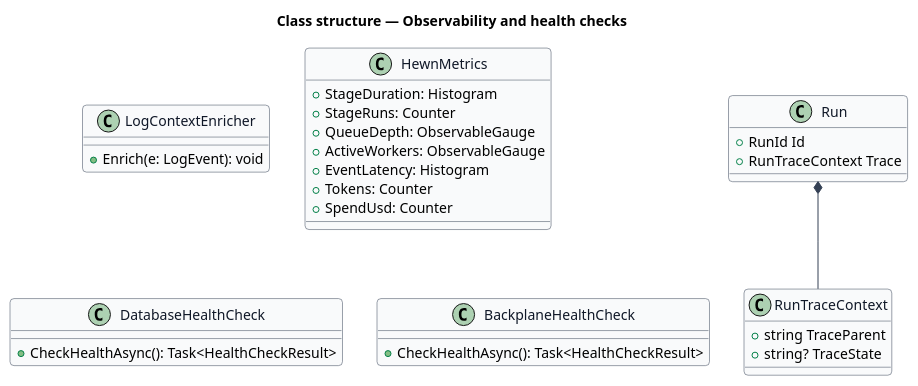
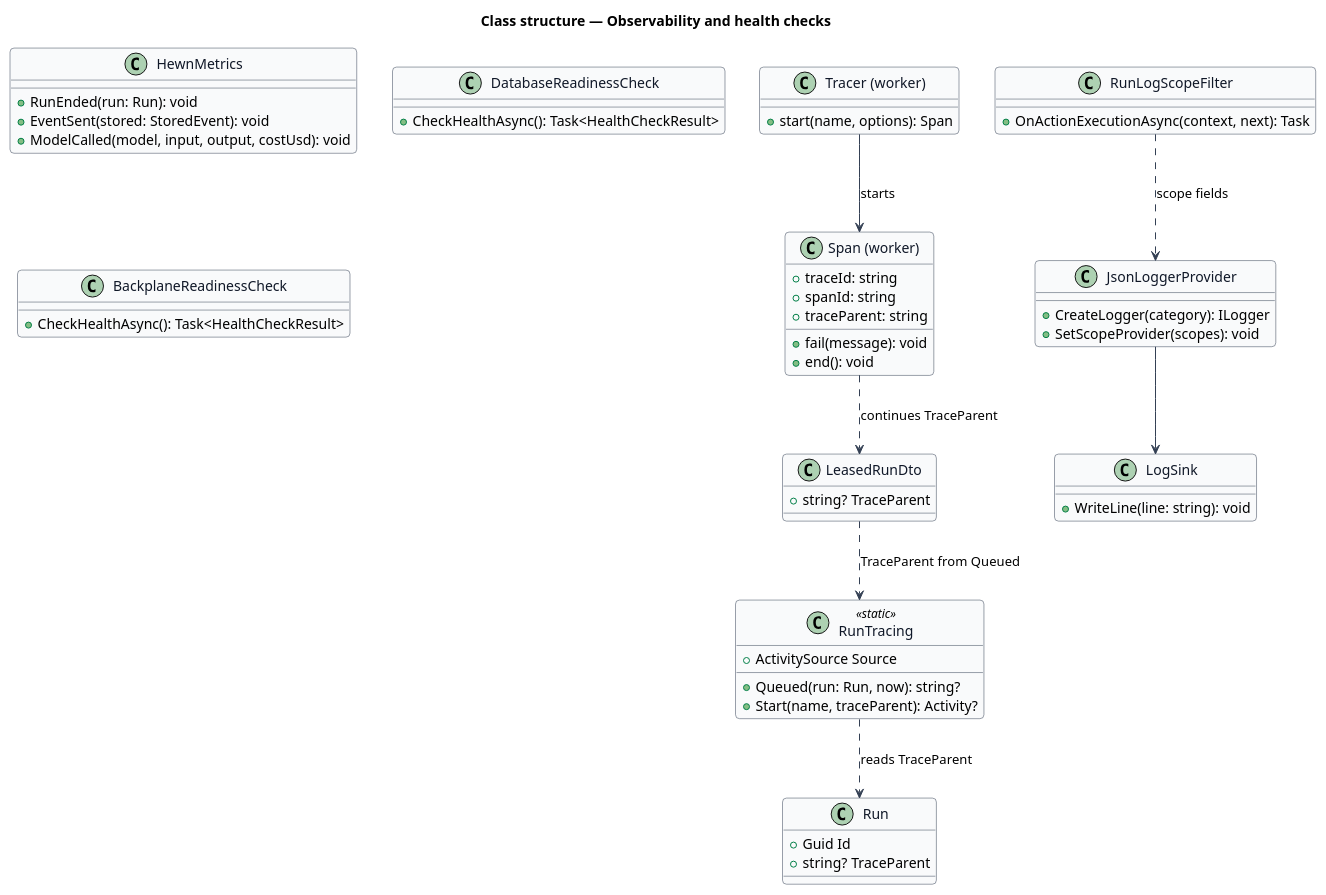
The diagram in docs/detailed-designs/operations/observability-and-health/diagrams/class-structure.puml (QuinntyneBrown/hewn), drawn with PlantUML before and after one commit. The commit also changed 71 other files, not shown here.

```diff
--- a/docs/detailed-designs/operations/observability-and-health/diagrams/class-structure.puml
+++ b/docs/detailed-designs/operations/observability-and-health/diagrams/class-structure.puml
@@ -1,41 +1,63 @@
 @startuml
 skinparam backgroundColor #FFFFFF
 skinparam shadowing false
 skinparam roundcorner 8
 skinparam defaultFontName Arial
 skinparam ArrowColor #344054
 skinparam class {
   BorderColor #344054
   FontColor #101828
   BackgroundColor #F9FAFB
 }
 title Class structure — Observability and health checks
 
-class LogContextEnricher {
-  +Enrich(e: LogEvent): void
+class Run {
+  +Guid Id
+  +string? TraceParent
 }
-class RunTraceContext {
-  +string TraceParent
-  +string? TraceState
+class RunTracing <<static>> {
+  +ActivitySource Source
+  +Queued(run: Run, now): string?
+  +Start(name, traceParent): Activity?
 }
-class Run {
-  +RunId Id
-  +RunTraceContext Trace
+class LeasedRunDto {
+  +string? TraceParent
+}
+class JsonLoggerProvider {
+  +CreateLogger(category): ILogger
+  +SetScopeProvider(scopes): void
+}
+class LogSink {
+  +WriteLine(line: string): void
+}
+class RunLogScopeFilter {
+  +OnActionExecutionAsync(context, next): Task
 }
 class HewnMetrics {
-  +StageDuration: Histogram
-  +StageRuns: Counter
-  +QueueDepth: ObservableGauge
-  +ActiveWorkers: ObservableGauge
-  +EventLatency: Histogram
-  +Tokens: Counter
-  +SpendUsd: Counter
+  +RunEnded(run: Run): void
+  +EventSent(stored: StoredEvent): void
+  +ModelCalled(model, input, output, costUsd): void
 }
-class DatabaseHealthCheck {
+class DatabaseReadinessCheck {
   +CheckHealthAsync(): Task<HealthCheckResult>
 }
-class BackplaneHealthCheck {
+class BackplaneReadinessCheck {
   +CheckHealthAsync(): Task<HealthCheckResult>
 }
-Run *-- RunTraceContext
+class "Tracer (worker)" as Tracer {
+  +start(name, options): Span
+}
+class "Span (worker)" as Span {
+  +traceId: string
+  +spanId: string
+  +traceParent: string
+  +fail(message): void
+  +end(): void
+}
+RunTracing ..> Run : reads TraceParent
+LeasedRunDto ..> RunTracing : TraceParent from Queued
+JsonLoggerProvider --> LogSink
+RunLogScopeFilter ..> JsonLoggerProvider : scope fields
+Tracer --> Span : starts
+Span ..> LeasedRunDto : continues TraceParent
 @enduml
```
